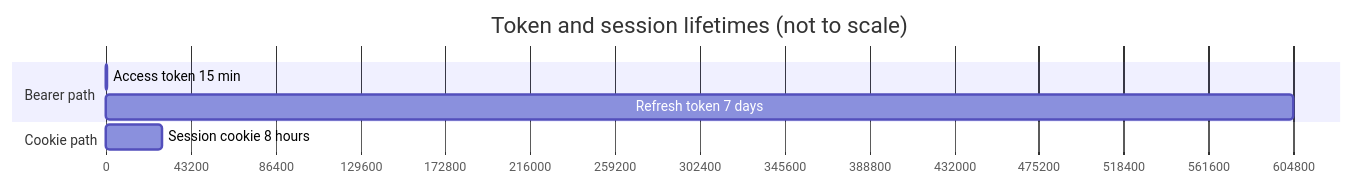
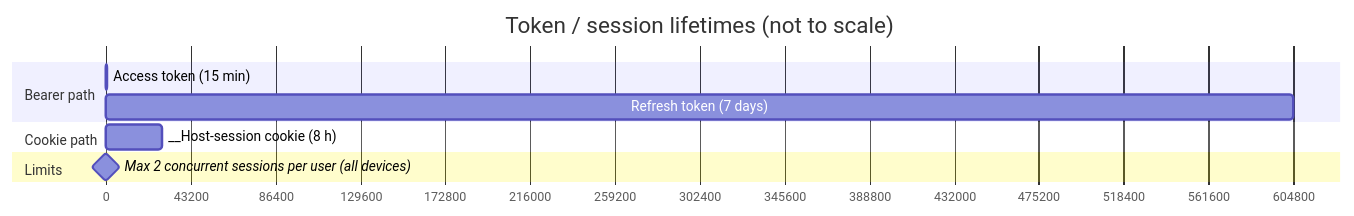
The ninth of 10 diagrams in README.md (guptaankit0010/securefd), drawn with Mermaid before and after one commit. The commit also changed other lines of this file, not shown here.

````diff
--- a/README.md
+++ b/README.md
@@ -351,13 +701,16 @@
 ```mermaid
 gantt
-    title Token and session lifetimes (not to scale)
-    dateFormat X
-    axisFormat %s
+    title Token / session lifetimes (not to scale)
+    dateFormat  X
+    axisFormat  %s
 
     section Bearer path
-    Access token 15 min      : 0, 900
-    Refresh token 7 days     : 0, 604800
+    Access token (15 min)       : 0, 900
+    Refresh token (7 days)      : 0, 604800
 
     section Cookie path
-    Session cookie 8 hours   : 0, 28800
+    __Host-session cookie (8 h) : 0, 28800
+
+    section Limits
+    Max 2 concurrent sessions per user (all devices) : milestone, 0, 0
 ```
````
